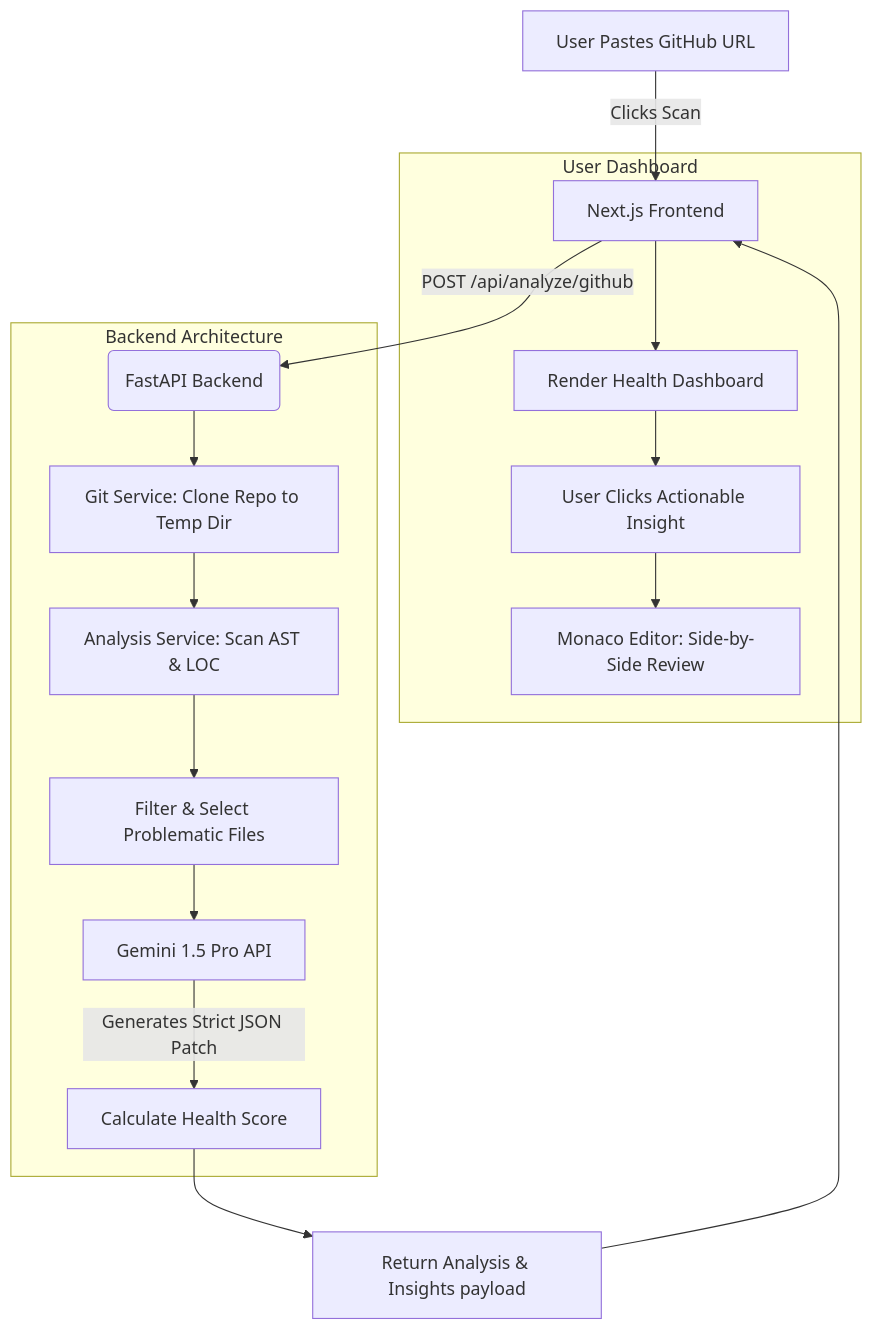
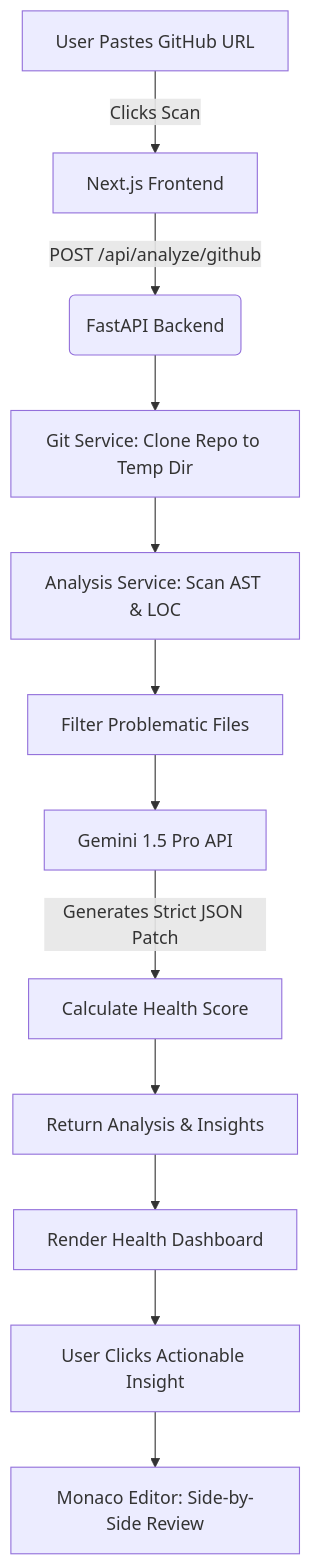
One commit to Jyotiraditya1006/CodeLens changed the diagram in README.md. Above: the diagram before and after it, drawn with Mermaid.

Commit message:
docs: fix Mermaid rendering error by simplifying layout

````diff
--- a/README.md
+++ b/README.md
@@ -36,22 +36,14 @@
 ```mermaid
 graph TD
     A[User Pastes GitHub URL] -->|Clicks Scan| B[Next.js Frontend]
-    B --> |POST /api/analyze/github| C(FastAPI Backend)
-    
-    subgraph Backend Architecture
+    B -->|POST /api/analyze/github| C(FastAPI Backend)
     C --> D[Git Service: Clone Repo to Temp Dir]
     D --> E[Analysis Service: Scan AST & LOC]
-    E --> F[Filter & Select Problematic Files]
+    E --> F[Filter Problematic Files]
     F --> G[Gemini 1.5 Pro API]
-    G --> |Generates Strict JSON Patch| H[Calculate Health Score]
-    end
-    
-    H --> I[Return Analysis & Insights payload]
-    I --> B
-    
-    subgraph User Dashboard
-    B --> J[Render Health Dashboard]
+    G -->|Generates Strict JSON Patch| H[Calculate Health Score]
+    H --> I[Return Analysis & Insights]
+    I --> J[Render Health Dashboard]
     J --> K[User Clicks Actionable Insight]
     K --> L[Monaco Editor: Side-by-Side Review]
-    end
 ```
````
